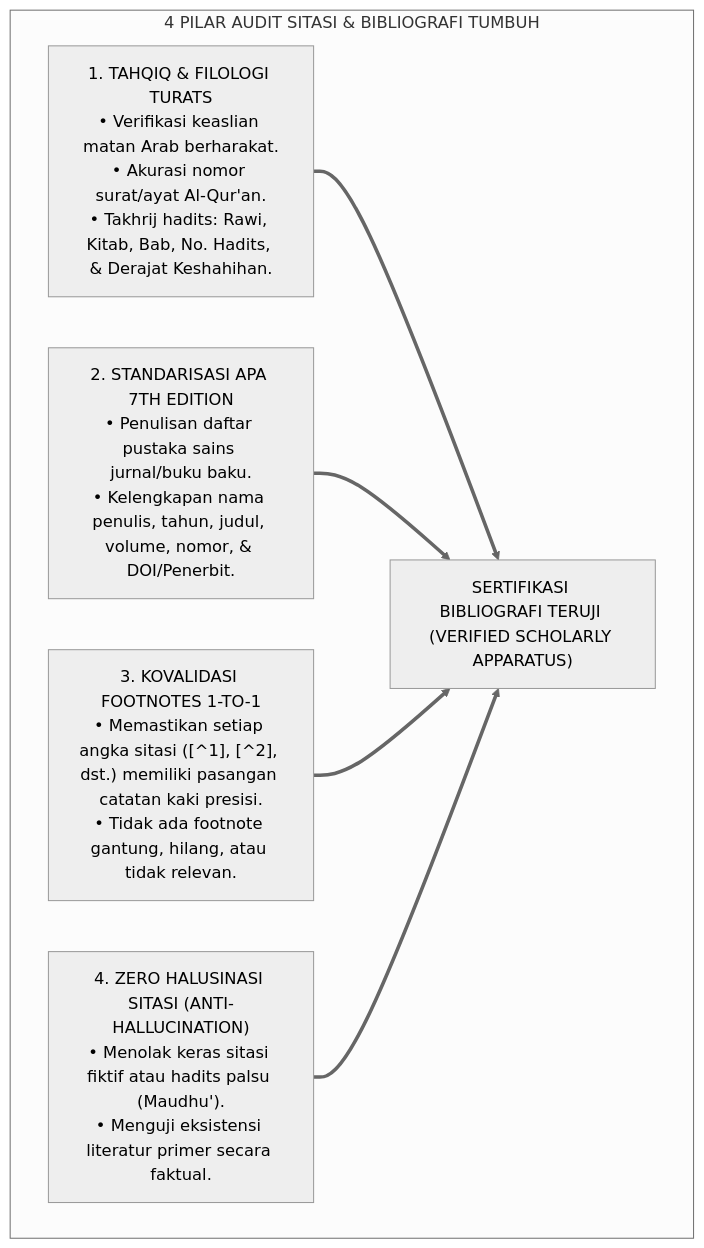
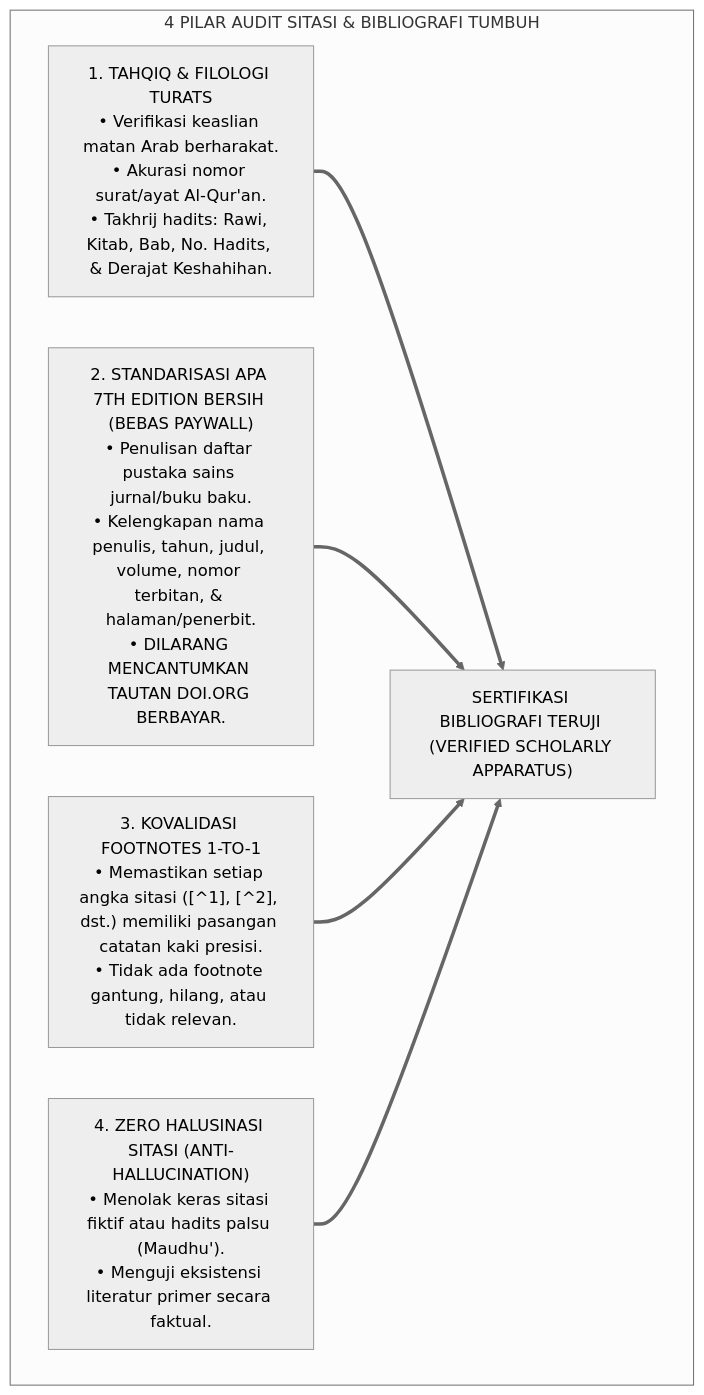
One commit to wandiapriliyandi/tumbuh changed the diagram in .agents/skills/pakar-validasi-sitasi-dan-bibliografi/SKILL.md. Above: the diagram before and after it, drawn with Mermaid (neutral theme). The commit also changed other lines of this file and 1 other file, not shown here.

Commit message:
docs(skill): perbarui standar bibliografi di kedua skill dengan larangan mutlak tautan doi.org berbayar

````diff
--- a/.agents/skills/pakar-validasi-sitasi-dan-bibliografi/SKILL.md
+++ b/.agents/skills/pakar-validasi-sitasi-dan-bibliografi/SKILL.md
@@ -14,14 +14,14 @@
 ```mermaid
 flowchart TD
     subgraph PilarAuditBibliografi["4 PILAR AUDIT SITASI & BIBLIOGRAFI TUMBUH"]
         P1["1. TAHQIQ & FILOLOGI TURATS<br/>• Verifikasi keaslian matan Arab berharakat.<br/>• Akurasi nomor surat/ayat Al-Qur'an.<br/>• Takhrij hadits: Rawi, Kitab, Bab, No. Hadits, & Derajat Keshahihan."]
         
-        P2["2. STANDARISASI APA 7TH EDITION<br/>• Penulisan daftar pustaka sains jurnal/buku baku.<br/>• Kelengkapan nama penulis, tahun, judul, volume, nomor, & DOI/Penerbit."]
+        P2["2. STANDARISASI APA 7TH EDITION BERSIH (BEBAS PAYWALL)<br/>• Penulisan daftar pustaka sains jurnal/buku baku.<br/>• Kelengkapan nama penulis, tahun, judul, volume, nomor terbitan, & halaman/penerbit.<br/>• DILARANG MENCANTUMKAN TAUTAN DOI.ORG BERBAYAR."]
         
         P3["3. KOVALIDASI FOOTNOTES 1-TO-1<br/>• Memastikan setiap angka sitasi ([^1], [^2], dst.) memiliki pasangan catatan kaki presisi.<br/>• Tidak ada footnote gantung, hilang, atau tidak relevan."]
         
         P4["4. ZERO HALUSINASI SITASI (ANTI-HALLUCINATION)<br/>• Menolak keras sitasi fiktif atau hadits palsu (Maudhu').<br/>• Menguji eksistensi literatur primer secara faktual."]
         
         P1 & P2 & P3 & P4 ==> Sertifikasi["SERTIFIKASI BIBLIOGRAFI TERUJI (VERIFIED SCHOLARLY APPARATUS)"]
     end
 ```
````
